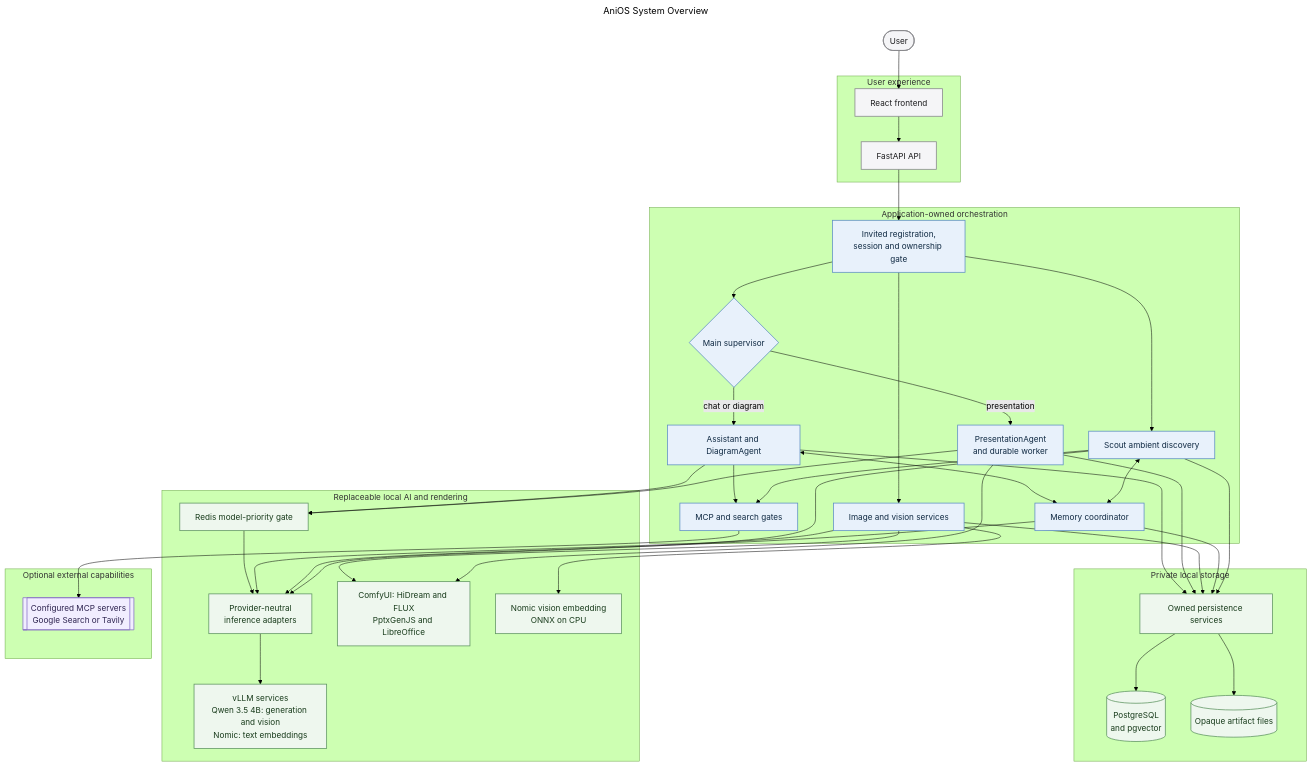
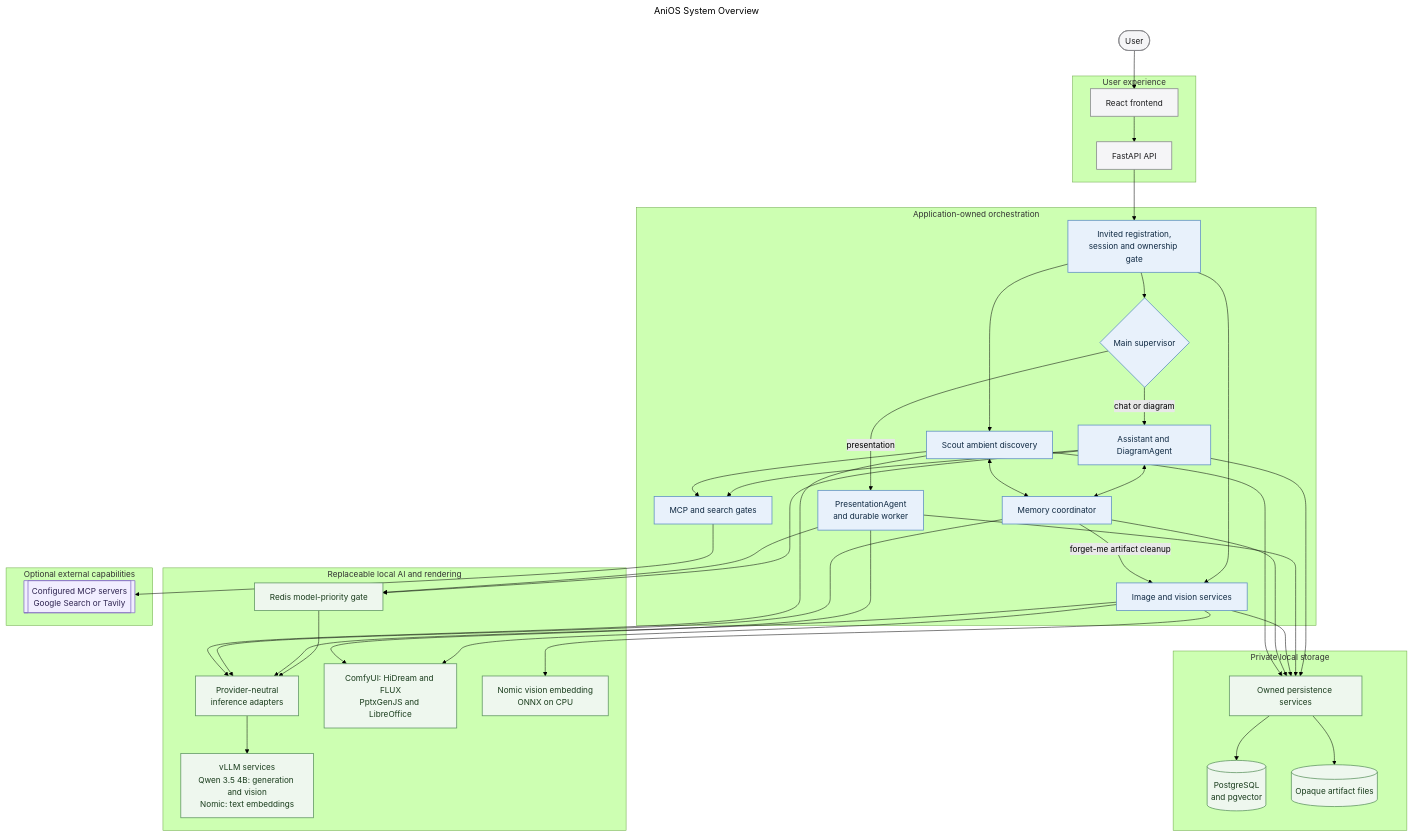
One commit to MallyaAni/PersonalAssistant changed the diagram in docs/diagrams/anios-system.mmd. Above: the diagram before and after it, drawn with Mermaid (forest theme). The commit also changed 34 other files, not shown here.

```diff
--- a/docs/diagrams/anios-system.mmd
+++ b/docs/diagrams/anios-system.mmd
@@ -1,80 +1,81 @@
 ---
 title: AniOS System Overview
 ---
 flowchart TB
     User([User])
 
     subgraph Experience[User experience]
         Frontend[React frontend]
         API[FastAPI API]
         Frontend --> API
     end
 
     subgraph Orchestration[Application-owned orchestration]
         Identity[Invited registration,<br/>session and ownership gate]
         Supervisor{Main supervisor}
         Conversation[Assistant and DiagramAgent]
         Presentation[PresentationAgent<br/>and durable worker]
         Memory[Memory coordinator]
         Discovery[Scout ambient discovery]
         Visual[Image and vision services]
         Tools[MCP and search gates]
     end
 
     subgraph LocalAI[Replaceable local AI and rendering]
         ModelGate[Redis model-priority gate]
         Inference[Provider-neutral<br/>inference adapters]
         VLLM[vLLM services<br/>Qwen 3.5 4B: generation and vision<br/>Nomic: text embeddings]
         Media[ComfyUI: HiDream and FLUX<br/>PptxGenJS and LibreOffice]
         VisionEmbed[Nomic vision embedding<br/>ONNX on CPU]
     end
 
     subgraph Storage[Private local storage]
         Repositories[Owned persistence services]
         Database[(PostgreSQL<br/>and pgvector)]
         Files[(Opaque artifact files)]
         Repositories --> Database
         Repositories --> Files
     end
 
     subgraph External[Optional external capabilities]
         Integrations[[Configured MCP servers<br/>Google Search or Tavily]]
     end
 
     User --> Frontend
     API --> Identity --> Supervisor
     Supervisor -->|chat or diagram| Conversation
     Supervisor -->|presentation| Presentation
     Identity --> Visual
     Identity --> Discovery
     Conversation <--> Memory
     Discovery <--> Memory
+    Memory -->|forget-me artifact cleanup| Visual
 
     Conversation --> Tools --> Integrations
     Discovery --> Tools
 
     Conversation --> ModelGate
     Presentation --> ModelGate
     ModelGate --> Inference
     Visual --> Inference
     Memory --> Inference
     Discovery --> Inference
     Inference --> VLLM
     Visual --> Media
     Visual --> VisionEmbed
     Presentation --> Media
 
     Conversation --> Repositories
     Presentation --> Repositories
     Visual --> Repositories
     Memory --> Repositories
     Discovery --> Repositories
 
     classDef interface fill:#f5f5f7,stroke:#86868b,color:#1d1d1f,stroke-width:1.5px;
     classDef application fill:#e8f1fb,stroke:#5e8fc4,color:#102a43,stroke-width:1.5px;
     classDef infrastructure fill:#eef7ee,stroke:#5f9562,color:#183b1b,stroke-width:1.5px;
     classDef external fill:#f1edff,stroke:#8872c6,color:#2e2450,stroke-width:1.5px;
     class User,Frontend,API interface;
     class Identity,Supervisor,Conversation,Presentation,Memory,Discovery,Visual,Tools application;
     class ModelGate,Inference,VLLM,Media,VisionEmbed,Repositories,Database,Files infrastructure;
     class Integrations external;
```
